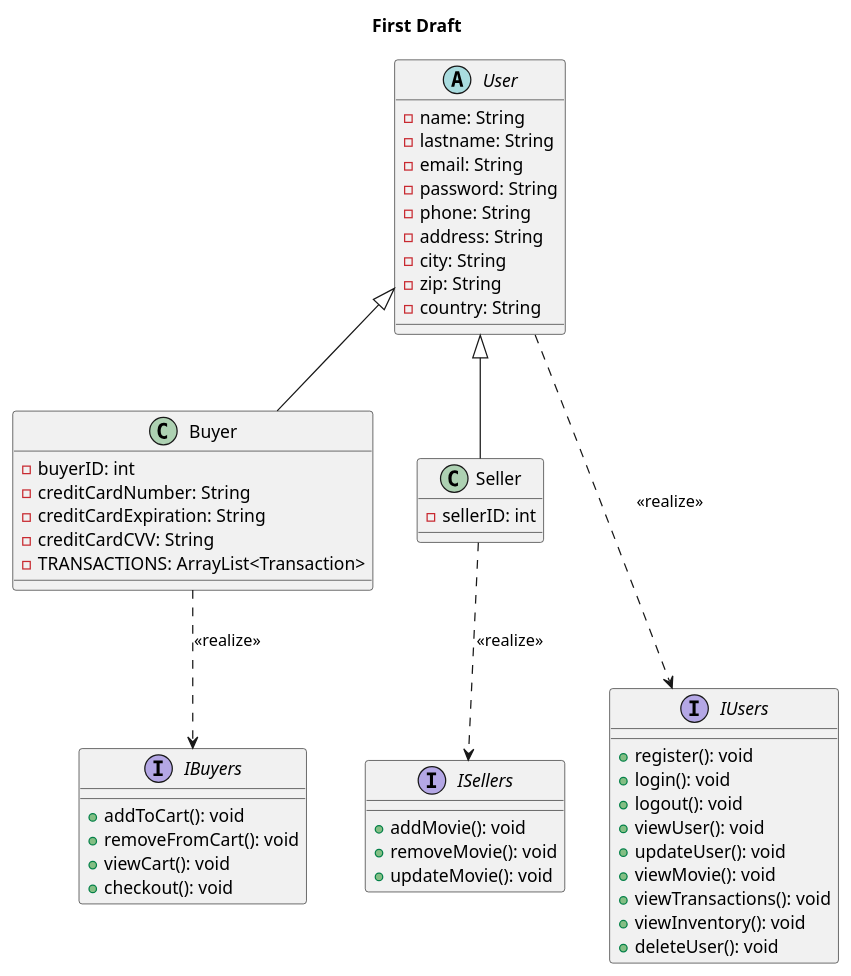
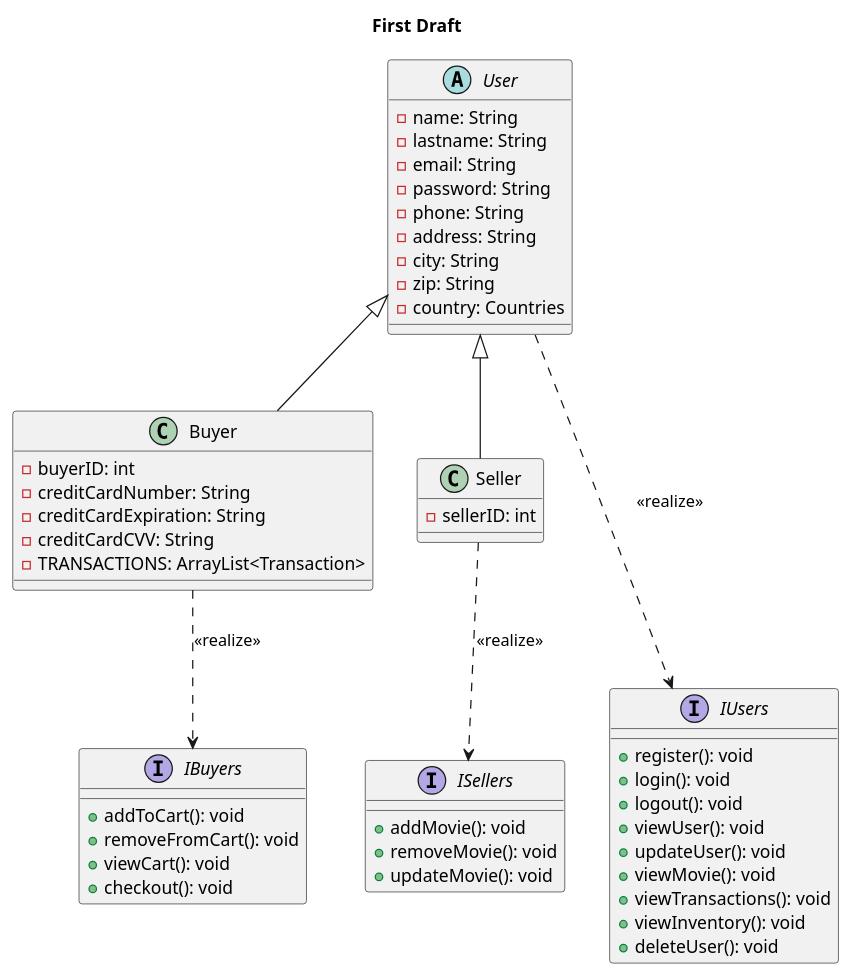
One commit to DrNeonsy/Java_Console-VOD-System changed the diagram in src/main/java/Graphs/Scripts/Draft.puml. Above: the diagram before and after it, drawn with PlantUML. The commit also changed 10 other files, not shown here.

```diff
--- a/src/main/java/Graphs/Scripts/Draft.puml
+++ b/src/main/java/Graphs/Scripts/Draft.puml
@@ -1,61 +1,61 @@
 @startuml
 
 title First Draft
 
 abstract class User {
     -name: String
     -lastname: String
     -email: String
     -password: String
     -phone: String
     -address: String
     -city: String
     -zip: String
-    -country: String
+    -country: Countries
 }
 
 class Buyer {
     -buyerID: int
     -creditCardNumber: String
     -creditCardExpiration: String
     -creditCardCVV: String
     -TRANSACTIONS: ArrayList<Transaction>
 }
 
 class Seller {
     -sellerID: int
 }
 
 interface IUsers {
     +register(): void
     +login(): void
     +logout(): void
     +viewUser(): void
     +updateUser(): void
     +viewMovie(): void
     +viewTransactions(): void
     +viewInventory(): void
     +deleteUser(): void
 }
 
 interface IBuyers {
     +addToCart(): void
     +removeFromCart(): void
     +viewCart(): void
     +checkout(): void
 }
 
 interface ISellers {
     +addMovie(): void
     +removeMovie(): void
     +updateMovie(): void
 }
 
 User <|-- Buyer
 User <|-- Seller
 
 User ...> IUsers : <<realize>>
 Buyer ..> IBuyers : <<realize>>
 Seller ..> ISellers : <<realize>>
 
 @enduml
```
